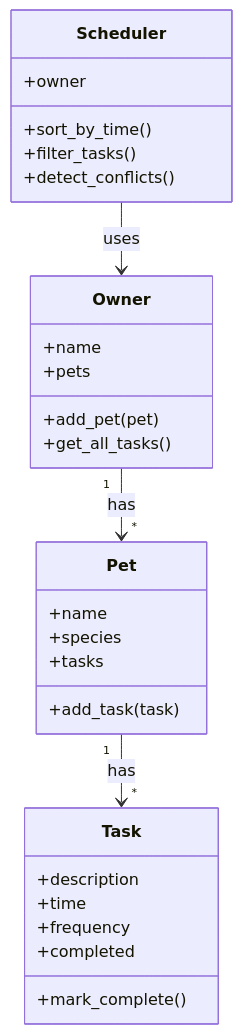
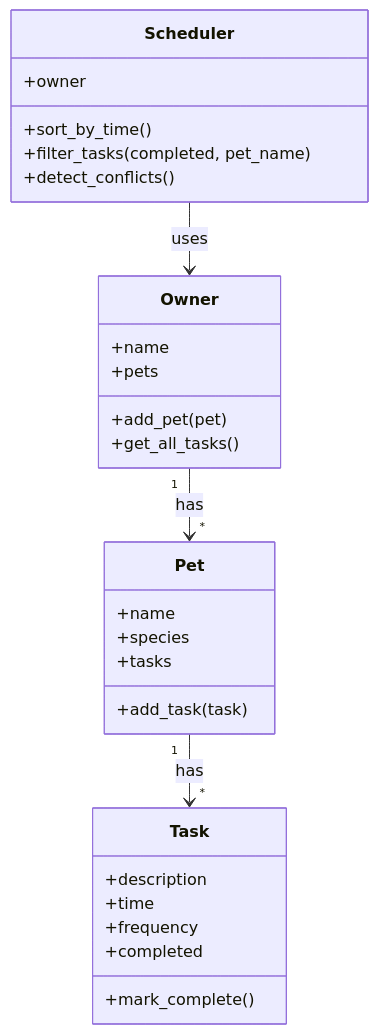
One commit to Dawaks/ai110-module2show-pawpal-starter changed the diagram in diagrams/uml.mmd. Above: the diagram before and after it, drawn with Mermaid. The commit also changed 1 other file, not shown here.

```diff
--- a/diagrams/uml.mmd
+++ b/diagrams/uml.mmd
@@ -1,33 +1,33 @@
 classDiagram
     class Owner {
         +name
         +pets
         +add_pet(pet)
         +get_all_tasks()
     }
 
     class Pet {
         +name
         +species
         +tasks
         +add_task(task)
     }
 
     class Task {
         +description
         +time
         +frequency
         +completed
         +mark_complete()
     }
 
     class Scheduler {
         +owner
         +sort_by_time()
-        +filter_tasks()
+        +filter_tasks(completed, pet_name)
         +detect_conflicts()
     }
 
     Owner "1" --> "*" Pet : has
     Pet "1" --> "*" Task : has
     Scheduler --> Owner : uses
```
